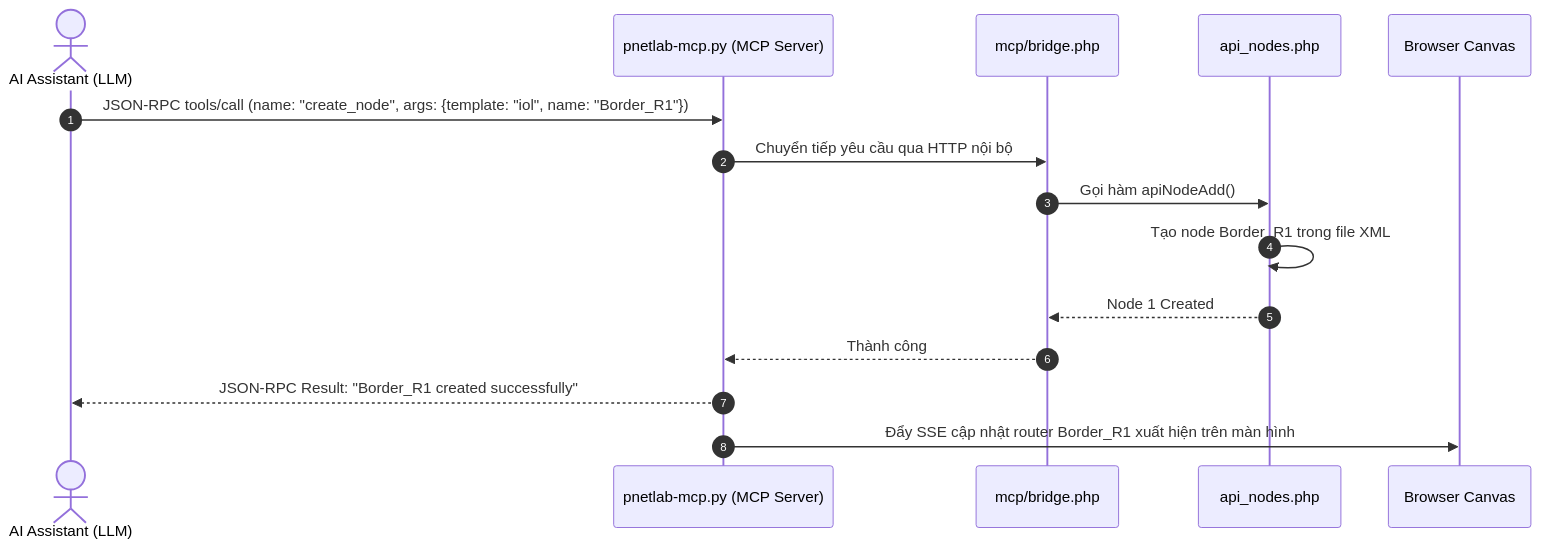
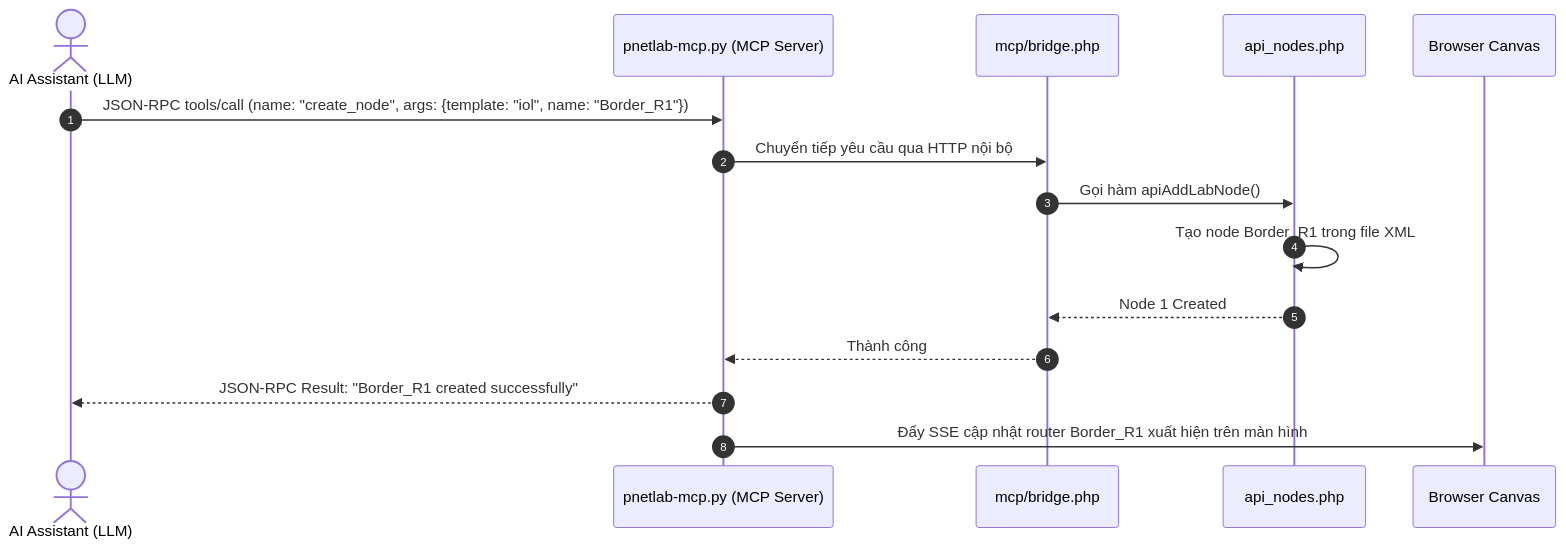
The diagram in docs/03-diagrams/f54-ai-agent-mcp-server-sequence.md (Luuxinhxinh/pnet-v8), drawn with Mermaid before and after one commit. The commit also changed 39 other files, not shown here.

````diff
--- a/docs/03-diagrams/f54-ai-agent-mcp-server-sequence.md
+++ b/docs/03-diagrams/f54-ai-agent-mcp-server-sequence.md
@@ -9,18 +9,18 @@
 ```mermaid
 sequenceDiagram
     autonumber
     actor LLM as AI Assistant (LLM)
     participant MCP as pnetlab-mcp.py (MCP Server)
     participant Bridge as mcp/bridge.php
     participant API as api_nodes.php
     participant Canvas as Browser Canvas
 
     LLM->>MCP: JSON-RPC tools/call (name: "create_node", args: {template: "iol", name: "Border_R1"})
     MCP->>Bridge: Chuyển tiếp yêu cầu qua HTTP nội bộ
-    Bridge->>API: Gọi hàm apiNodeAdd()
+    Bridge->>API: Gọi hàm apiAddLabNode()
     API->>API: Tạo node Border_R1 trong file XML
     API-->>Bridge: Node 1 Created
     Bridge-->>MCP: Thành công
     MCP-->>LLM: JSON-RPC Result: "Border_R1 created successfully"
     MCP->>Canvas: Đẩy SSE cập nhật router Border_R1 xuất hiện trên màn hình
 ```
````
